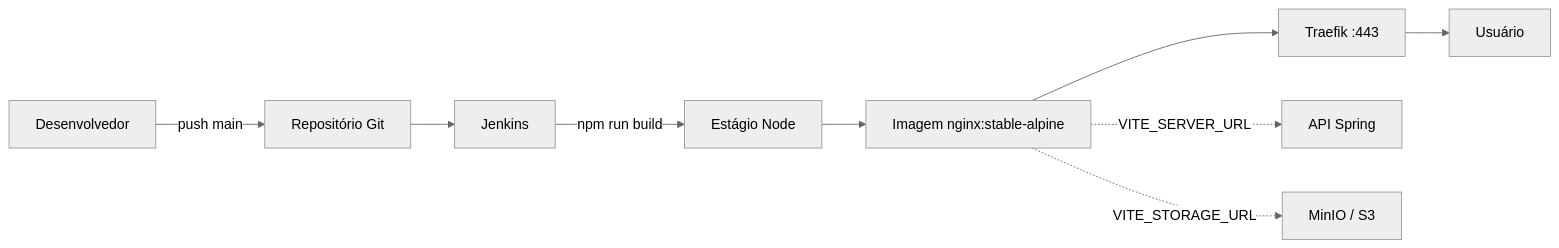
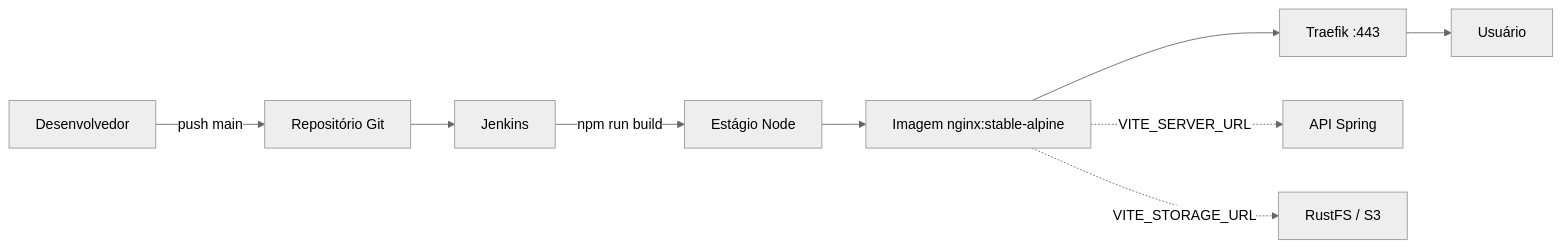
Before and after one commit to viniciuspegorini/pw45s: the diagram in aula11/client/Readme.MD, drawn with Mermaid (neutral theme). The commit also changed other lines of this file and 11 other files, not shown here.

````diff
--- a/aula11/client/Readme.MD
+++ b/aula11/client/Readme.MD
@@ -9,11 +9,11 @@
 ```mermaid
 flowchart LR
   Dev[Desenvolvedor] -->|push main| Git[Repositório Git]
   Git --> Jenkins[Jenkins]
   Jenkins -->|npm run build| Build[Estágio Node]
   Build --> Nginx[Imagem nginx:stable-alpine]
   Nginx --> Traefik[Traefik :443]
   Traefik --> User[Usuário]
   Nginx -.->|VITE_SERVER_URL| API[API Spring]
-  Nginx -.->|VITE_STORAGE_URL| S3[MinIO / S3]
+  Nginx -.->|VITE_STORAGE_URL| S3[RustFS / S3]
 ```
````
